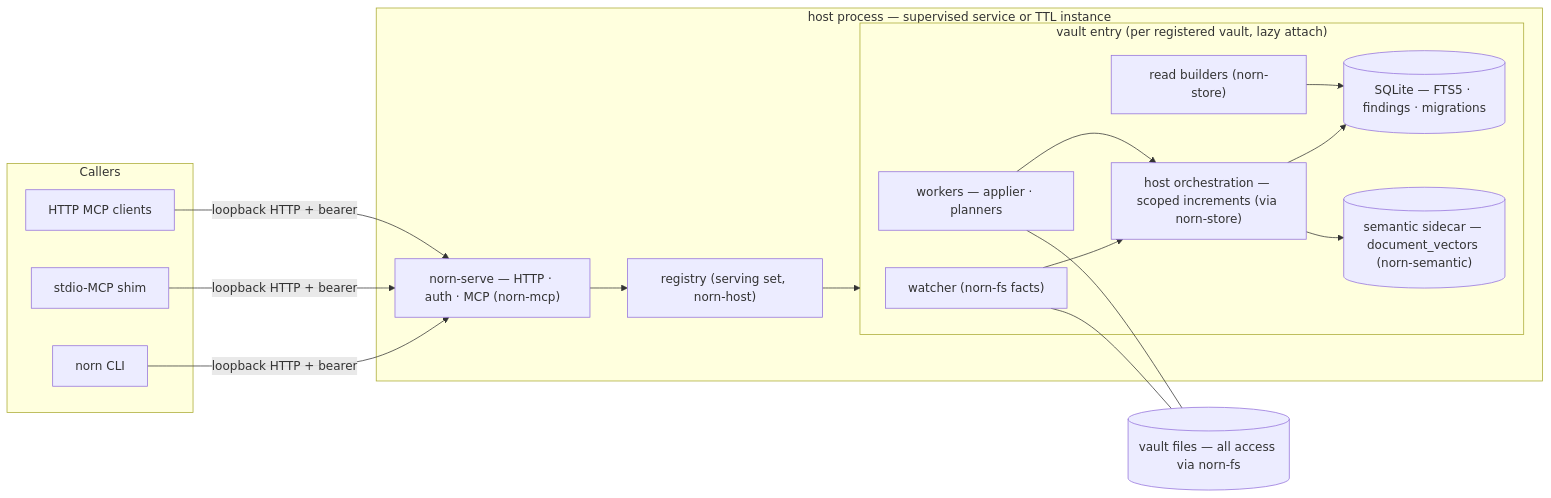
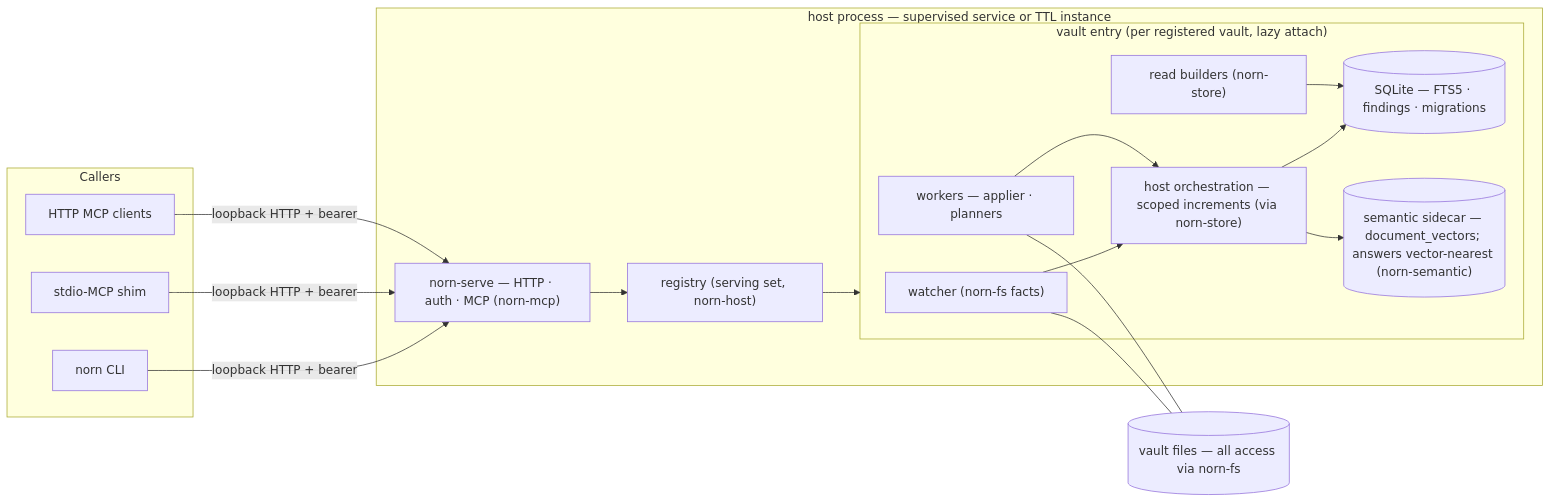
The second of 3 diagrams in docs/architecture.md (dbtlr/norn-next), drawn with Mermaid before and after one commit. The commit also changed other lines of this file and 3 other files, not shown here.

````diff
--- a/docs/architecture.md
+++ b/docs/architecture.md
@@ -1117,24 +1121,24 @@
 ```mermaid
 graph LR
   subgraph callers["Callers"]
     cli["norn CLI"]
     shim["stdio-MCP shim"]
     agents["HTTP MCP clients"]
   end
   cli -- "loopback HTTP + bearer" --> api
   shim -- "loopback HTTP + bearer" --> api
   agents -- "loopback HTTP + bearer" --> api
   subgraph hostp["host process — supervised service or TTL instance"]
     api["norn-serve — HTTP · auth · MCP (norn-mcp)"] --> reg["registry (serving set, norn-host)"]
     reg --> v1
     subgraph v1["vault entry (per registered vault, lazy attach)"]
       watcher["watcher (norn-fs facts)"] --> orch["host orchestration — scoped increments (via norn-store)"]
       workers["workers — applier · planners"] --> orch
       orch --> db[("SQLite — FTS5 · findings · migrations")]
-      orch --> sidecar[("semantic sidecar — document_vectors (norn-semantic)")]
+      orch --> sidecar[("semantic sidecar — document_vectors; answers vector-nearest (norn-semantic)")]
       reads["read builders (norn-store)"] --> db
     end
   end
   watcher --- files[("vault files — all access via norn-fs")]
   workers --- files
 ```
````
